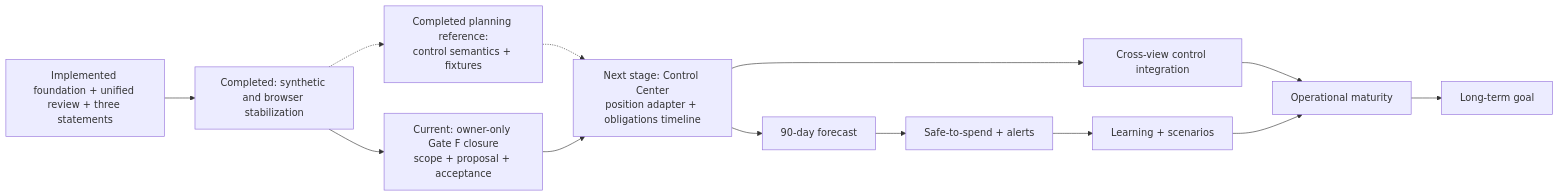
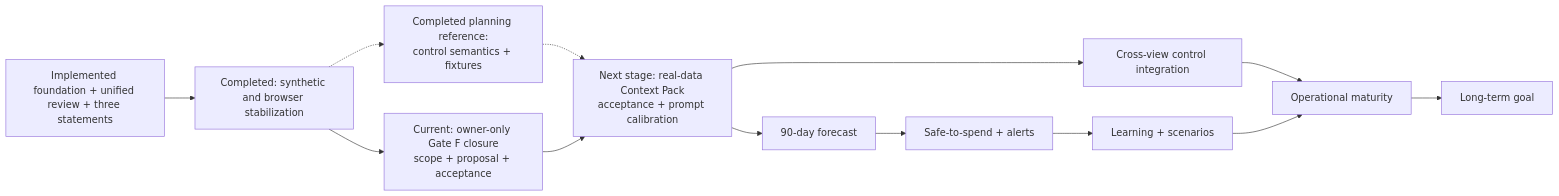
The diagram in docs/planning/ROADMAP.md (cablate/last-say), drawn with Mermaid before and after one commit. The commit also changed other lines of this file and 98 other files, not shown here.

````diff
--- a/docs/planning/ROADMAP.md
+++ b/docs/planning/ROADMAP.md
@@ -11,15 +11,15 @@
 ```mermaid
 flowchart LR
     C["Implemented foundation + unified review + three statements"] --> S["Completed: synthetic and browser stabilization"]
     S --> W["Current: owner-only Gate F closure\nscope + proposal + acceptance"]
     S -.-> M
     M["Completed planning reference:\ncontrol semantics + fixtures"] -.-> P
-    W --> P["Next stage: Control Center\nposition adapter + obligations timeline"]
+    W --> P["Next stage: real-data Context Pack\nacceptance + prompt calibration"]
     P --> F["90-day forecast"]
     F --> G["Safe-to-spend + alerts"]
     P --> A["Cross-view control integration"]
     G --> L["Learning + scenarios"]
     A --> O["Operational maturity"]
     L --> O
     O --> Z["Long-term goal"]
 ```
````
